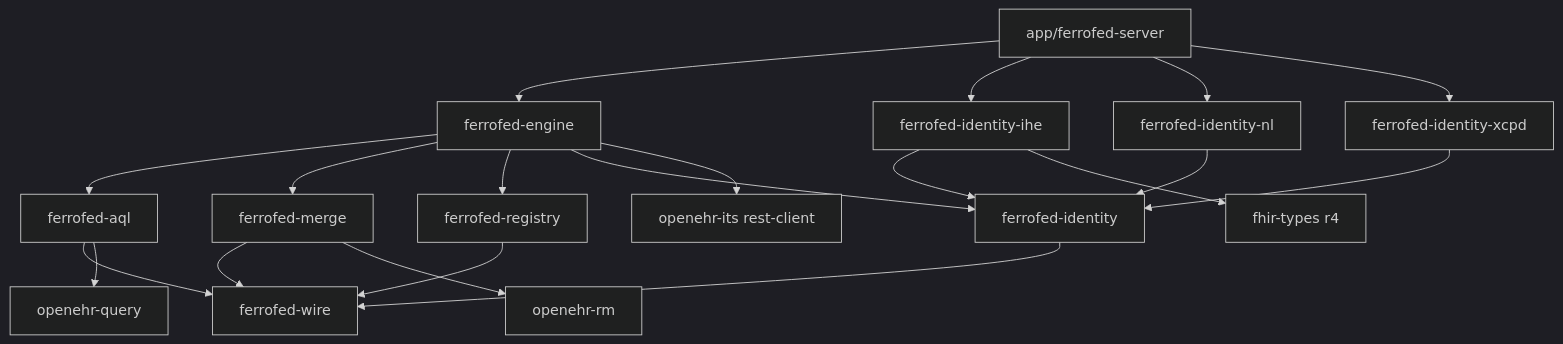
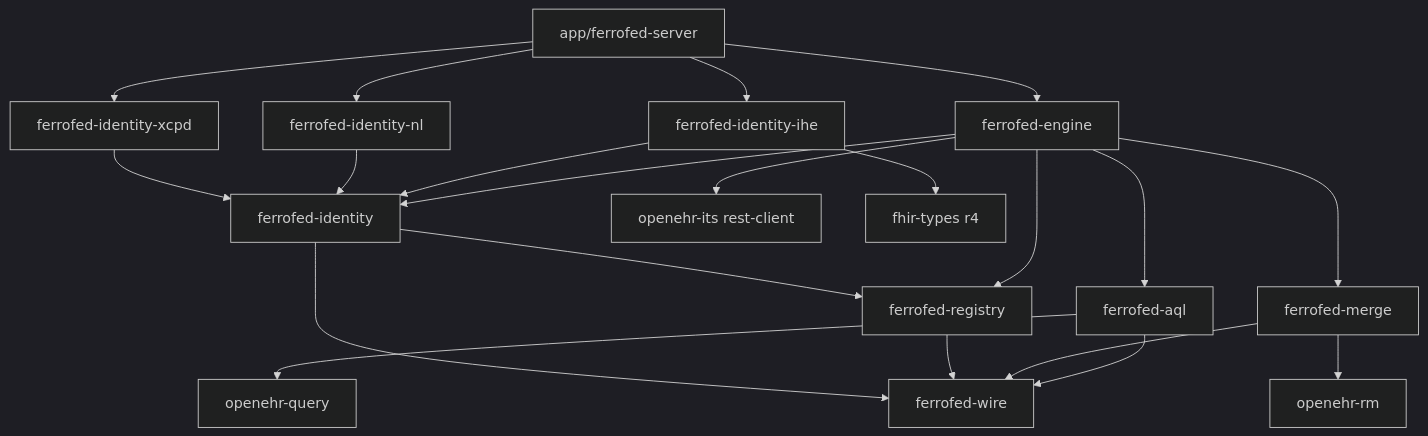
Before and after one commit to FerroHEALTH/FerroFED: the fourth of 4 diagrams in docs/architecture.md, drawn with Mermaid (dark theme). The commit also changed other lines of this file and 27 other files, not shown here.

````diff
--- a/docs/architecture.md
+++ b/docs/architecture.md
@@ -1086,22 +1086,23 @@
 ```mermaid
 flowchart TD
     server["app/ferrofed-server"] --> engine["ferrofed-engine"]
     server --> ihe["ferrofed-identity-ihe"]
     server --> nl["ferrofed-identity-nl"]
     server --> xcpd["ferrofed-identity-xcpd"]
     engine --> aql["ferrofed-aql"]
     engine --> merge["ferrofed-merge"]
     engine --> registry["ferrofed-registry"]
     engine --> identity["ferrofed-identity"]
     ihe --> identity
     nl --> identity
     xcpd --> identity
     aql --> wire["ferrofed-wire"]
     merge --> wire
     registry --> wire
+    identity --> registry
     identity --> wire
     engine --> its["openehr-its rest-client"]
     aql --> query["openehr-query"]
     merge --> rm["openehr-rm"]
     ihe --> fhir["fhir-types r4"]
 ```
````
